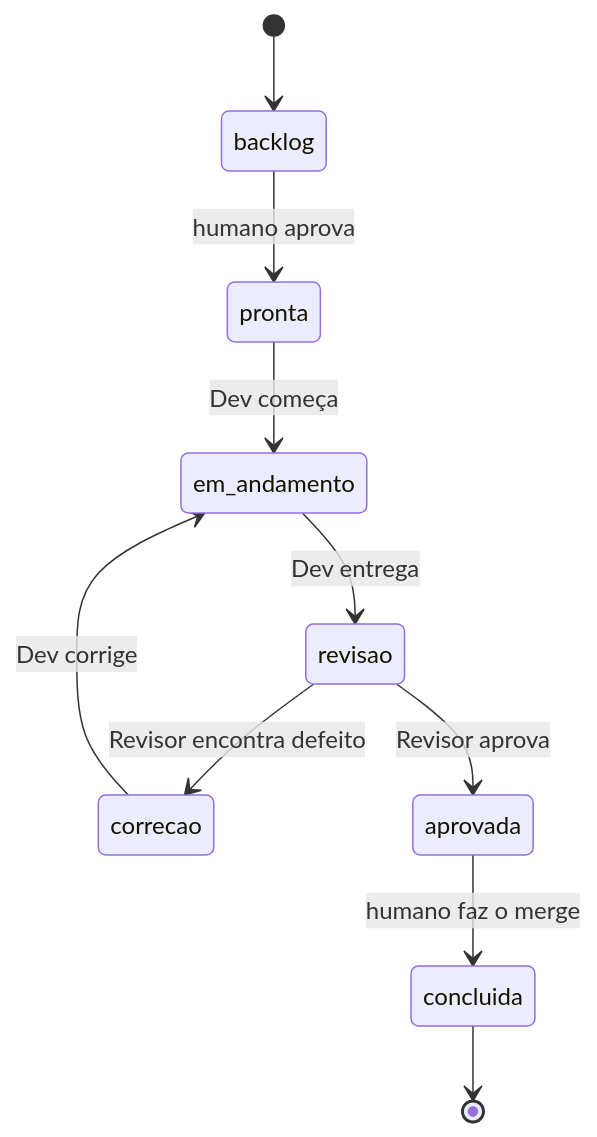
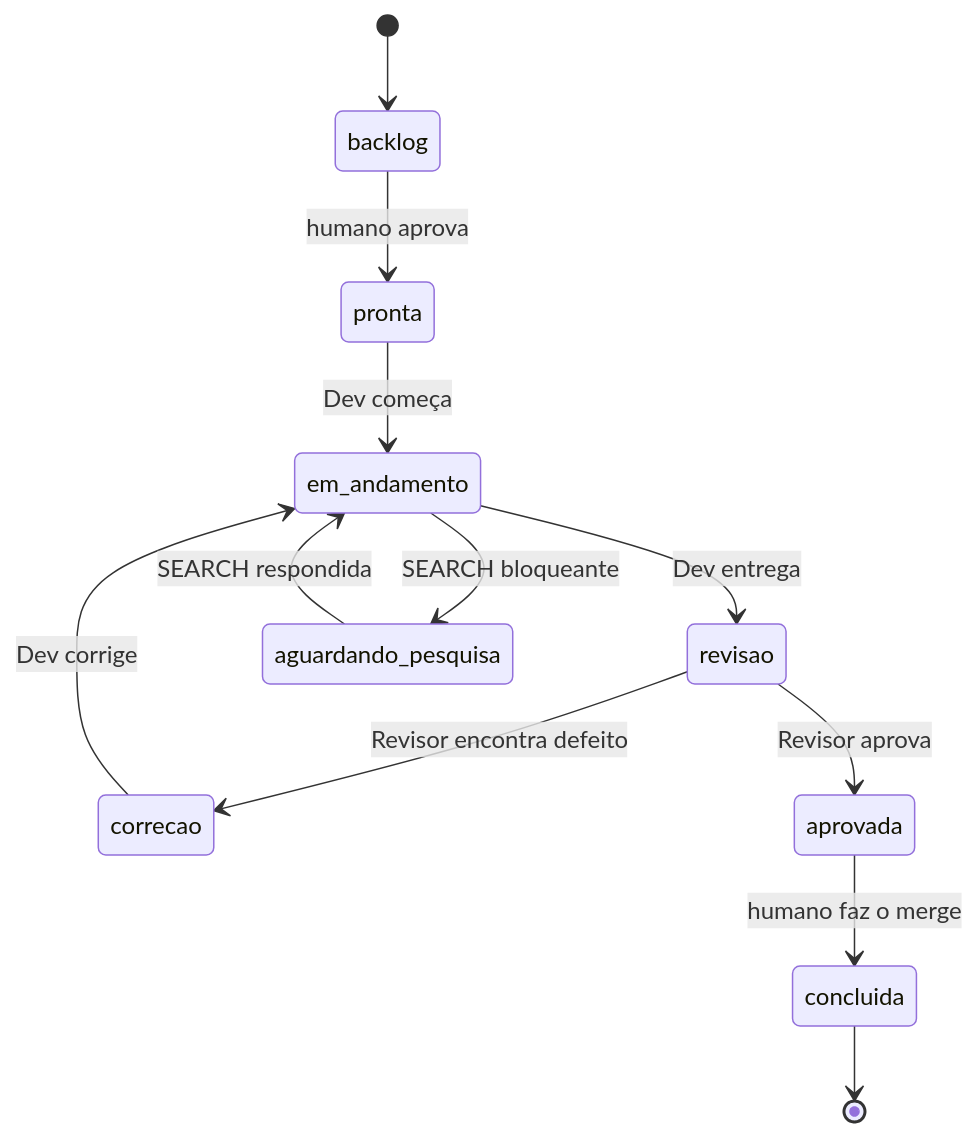
Before and after one commit to IgorCdeLima/BRAIN: the second of 2 diagrams in BRAIN/70_Workflows/Fluxo de tarefa.md, drawn with Mermaid. The commit also changed other lines of this file and 33 other files, not shown here.

````diff
--- a/BRAIN/70_Workflows/Fluxo de tarefa.md
+++ b/BRAIN/70_Workflows/Fluxo de tarefa.md
@@ -61,12 +61,14 @@
 ```mermaid
 stateDiagram-v2
     [*] --> backlog
     backlog --> pronta: humano aprova
     pronta --> em_andamento: Dev começa
     em_andamento --> revisao: Dev entrega
     revisao --> correcao: Revisor encontra defeito
     correcao --> em_andamento: Dev corrige
     revisao --> aprovada: Revisor aprova
     aprovada --> concluida: humano faz o merge
     concluida --> [*]
+    em_andamento --> aguardando_pesquisa: SEARCH bloqueante
+    aguardando_pesquisa --> em_andamento: SEARCH respondida
 ```
````
